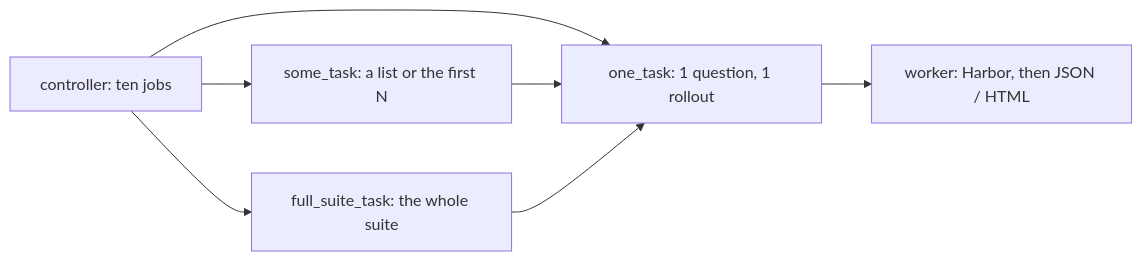
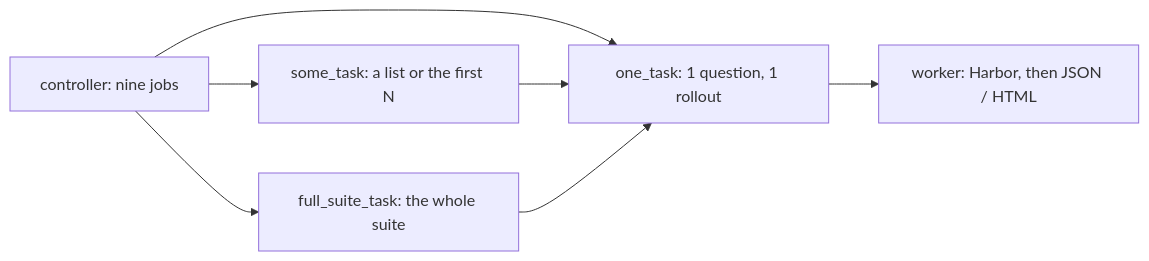
One commit to MichaelLing83/mac-k3d changed the diagram in docs/user-guide.md. Above: the diagram before and after it, drawn with Mermaid. The commit also changed other lines of this file and 28 other files, not shown here.

````diff
--- a/docs/user-guide.md
+++ b/docs/user-guide.md
@@ -20,9 +20,9 @@
 ```mermaid
 flowchart LR
-  controller["controller: ten jobs"] --> one["one_task: 1 question, 1 rollout"]
+  controller["controller: nine jobs"] --> one["one_task: 1 question, 1 rollout"]
   controller --> some["some_task: a list or the first N"]
   controller --> full["full_suite_task: the whole suite"]
   some --> one
   full --> one
   one --> worker["worker: Harbor, then JSON / HTML"]
 ```
````
